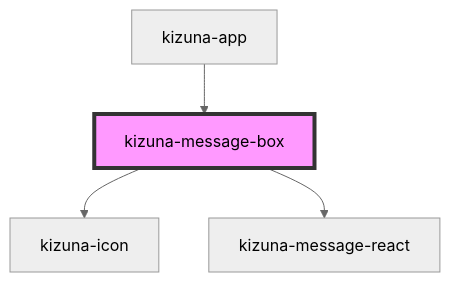
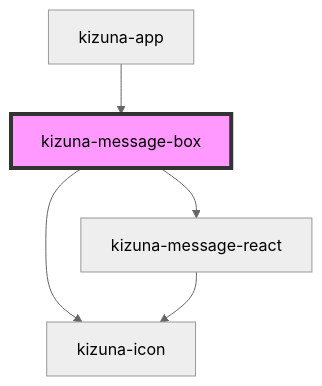
Before and after one commit to hc-institute-japan/kizunakit: the diagram in kizuna-design-kit/src/components/kizuna-message-box/readme.md, drawn with Mermaid (neutral theme). The commit also changed 8 other files, not shown here.

````diff
--- a/kizuna-design-kit/src/components/kizuna-message-box/readme.md
+++ b/kizuna-design-kit/src/components/kizuna-message-box/readme.md
@@ -33,7 +33,8 @@
 ```mermaid
 graph TD;
   kizuna-message-box --> kizuna-icon
   kizuna-message-box --> kizuna-message-react
+  kizuna-message-react --> kizuna-icon
   kizuna-app --> kizuna-message-box
   style kizuna-message-box fill:#f9f,stroke:#333,stroke-width:4px
 ```
````
